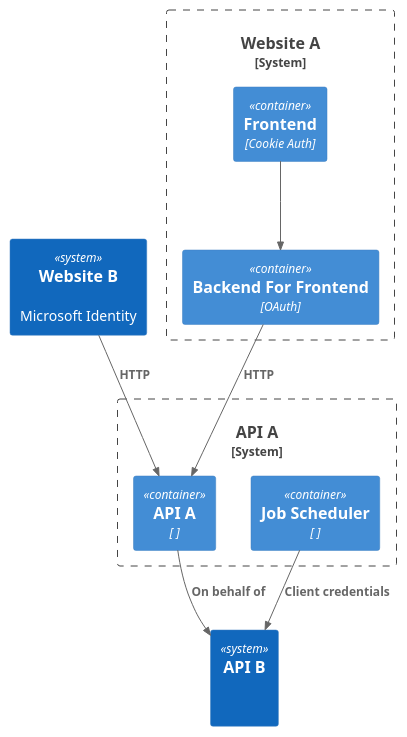
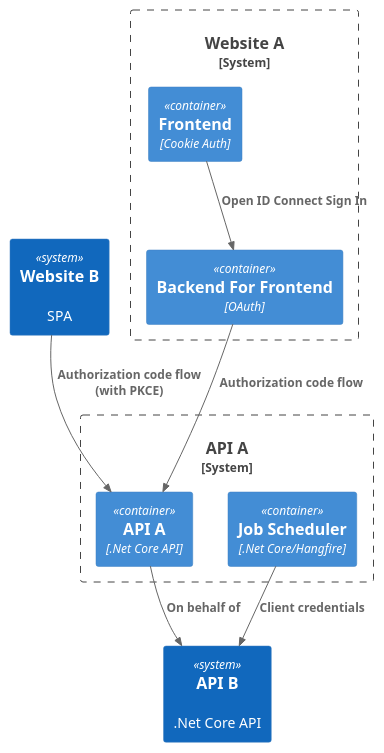
One commit to cmdkeen/aad-api-example changed the diagram in docs/diagrams/src/arch.puml. Above: the diagram before and after it, drawn with PlantUML.

Commit message:
Flesh out diagram

```diff
--- a/docs/diagrams/src/arch.puml
+++ b/docs/diagrams/src/arch.puml
@@ -1,24 +1,24 @@
 @startuml AAD Example
 !include https://raw.githubusercontent.com/plantuml-stdlib/C4-PlantUML/master/C4_Container.puml
 
 System_Boundary(weba, "Website A") {
     Container(frontend, "Frontend", "Cookie Auth", "")
     Container(bff, "Backend For Frontend", "OAuth", "")
 }
 
-System(webb, "Website B", "Microsoft Identity")
+System(webb, "Website B", "SPA")
 
 System_Boundary(apia, "API A") {
-    Container(webapia, "API A", " ")
-    Container(scheduler, "Job Scheduler", " ")
+    Container(webapia, "API A", ".Net Core API")
+    Container(scheduler, "Job Scheduler", ".Net Core/Hangfire")
 }
 
-System(apib, "API B", " ")
+System(apib, "API B", ".Net Core API")
 
-Rel(frontend, bff, " ")
-Rel(bff, webapia, "HTTP")
-Rel(webb, webapia, "HTTP")
+Rel(frontend, bff, "Open ID Connect Sign In")
+Rel(bff, webapia, "Authorization code flow")
+Rel(webb, webapia, "Authorization code flow (with PKCE)")
 Rel(webapia, apib, "On behalf of")
 Rel(scheduler, apib, "Client credentials")
 
 @enduml
```
